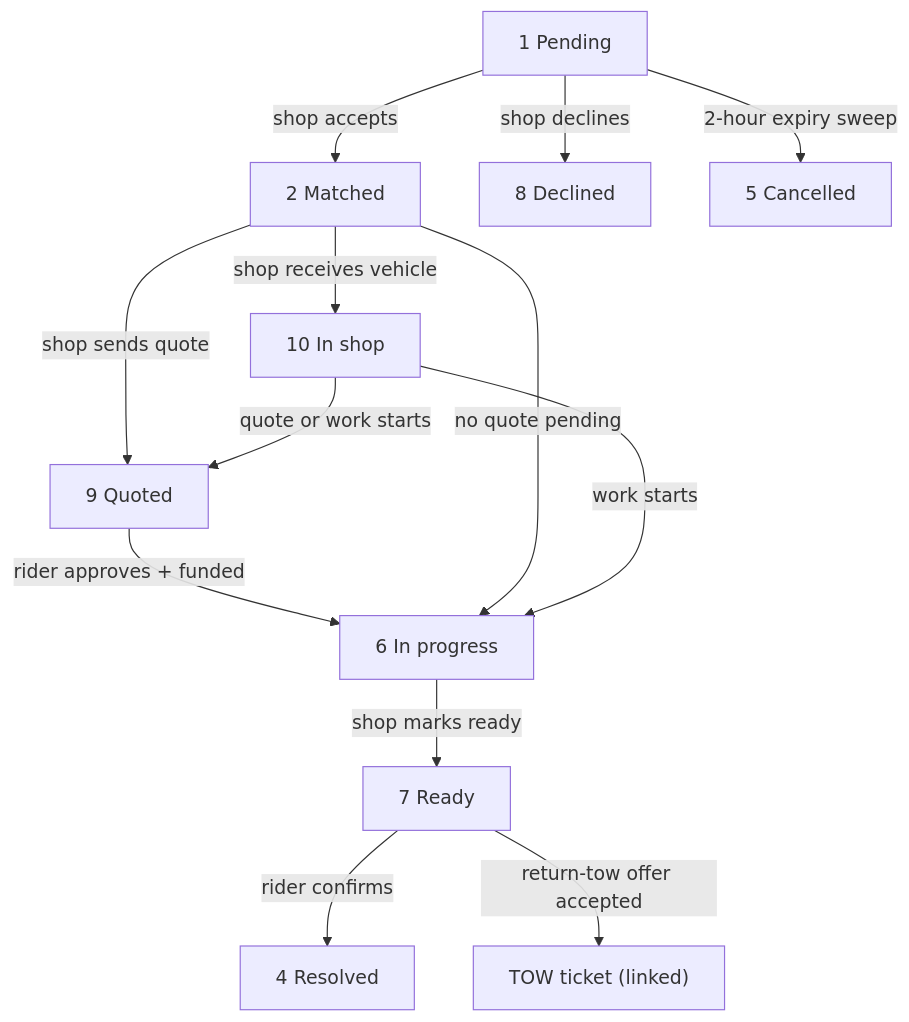
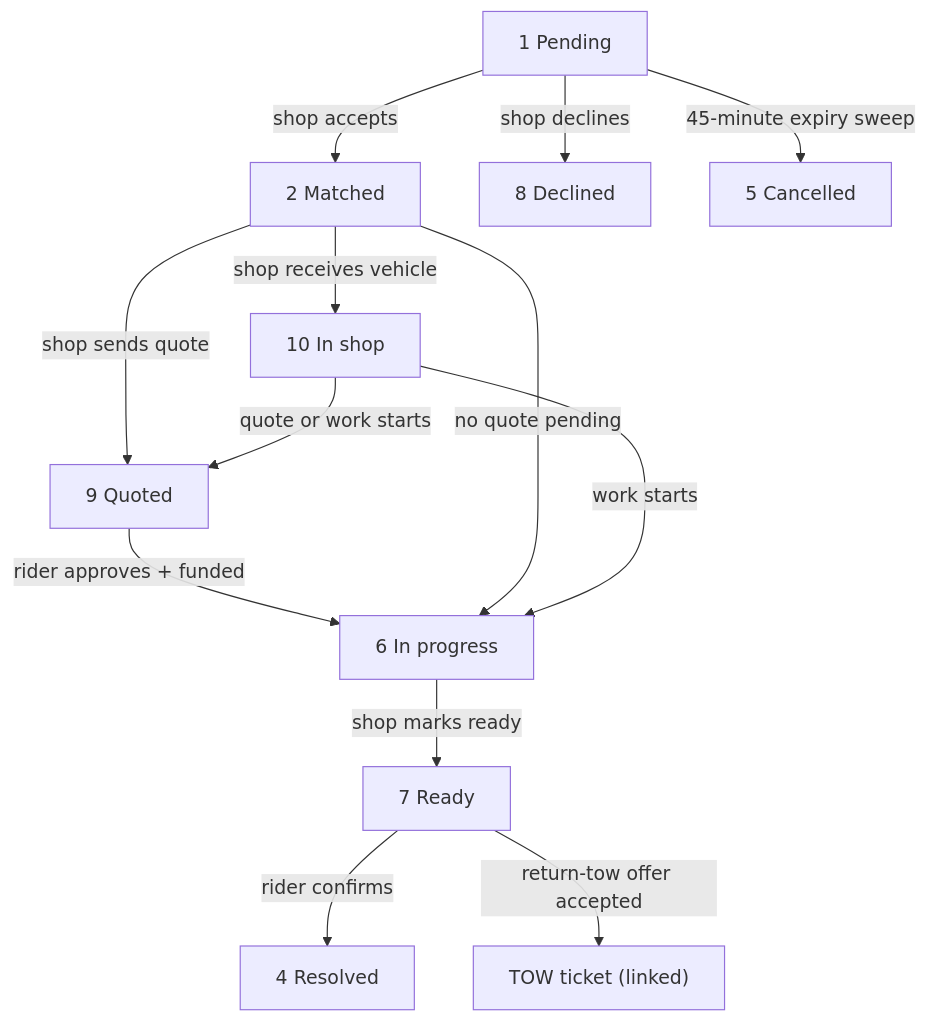
The fourth of 4 diagrams in documentation/STATUS.md (trunghieungth2004/ROADASSISTAPP_BE), drawn with Mermaid before and after one commit. The commit also changed other lines of this file and 10 other files, not shown here.

````diff
--- a/documentation/STATUS.md
+++ b/documentation/STATUS.md
@@ -170,15 +178,15 @@
 ```mermaid
 flowchart TD
   W1["1 Pending"] -->|shop accepts| W2["2 Matched"]
   W1 -->|shop declines| W8["8 Declined"]
-  W1 -->|2-hour expiry sweep| W5["5 Cancelled"]
+  W1 -->|45-minute expiry sweep| W5["5 Cancelled"]
   W2 -->|shop sends quote| W9["9 Quoted"]
   W9 -->|rider approves + funded| W6["6 In progress"]
   W2 -->|no quote pending| W6
   W2 -->|shop receives vehicle| W10["10 In shop"]
   W10 -->|quote or work starts| W9
   W10 -->|work starts| W6
   W6 -->|shop marks ready| W7["7 Ready"]
   W7 -->|rider confirms| W4["4 Resolved"]
   W7 -->|return-tow offer accepted| RT["TOW ticket (linked)"]
 ```
````
